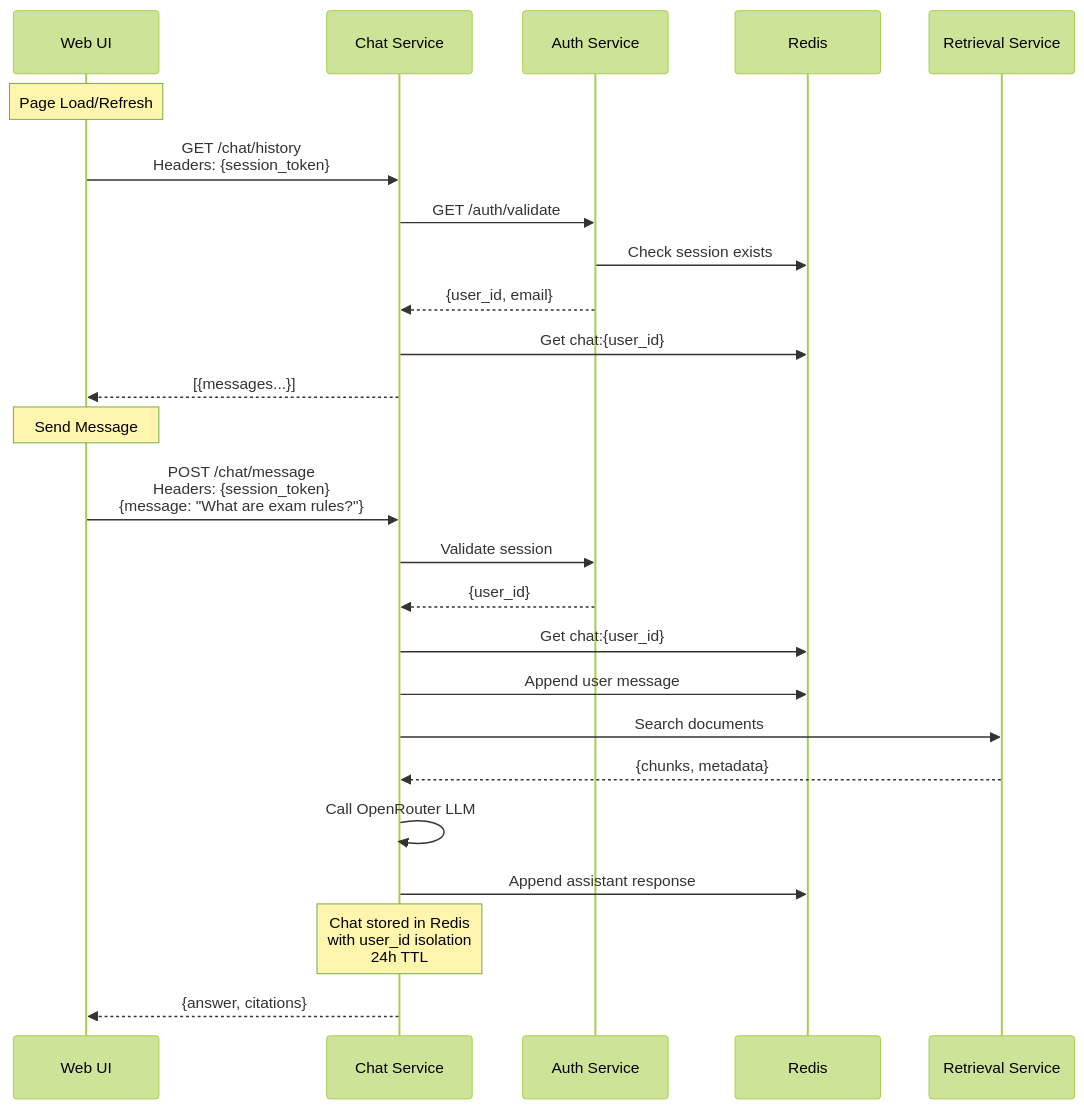
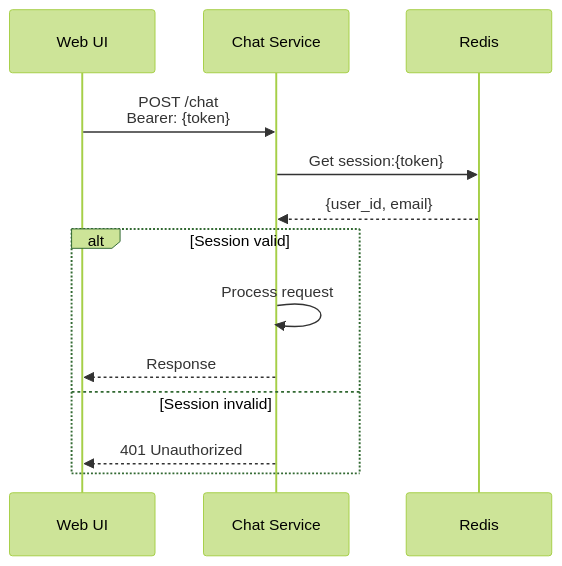
One commit to Th30utcast/MARP-Guide-AI changed the second of 2 diagrams in docs/services/Tier1_Authentication.md. Above: the diagram before and after it, drawn with Mermaid (forest theme). The commit also changed other lines of this file and 16 other files, not shown here.

````diff
--- a/docs/services/Tier1_Authentication.md
+++ b/docs/services/Tier1_Authentication.md
@@ -49,33 +122,17 @@
-``` mermaid
+```mermaid
 sequenceDiagram
-  participant U as Web UI
-  participant C as Chat Service
-  participant A as Auth Service
-  participant R as Redis
-  participant Ret as Retrieval Service
+    participant UI as Web UI
+    participant Chat as Chat Service
+    participant Redis as Redis
 
-  Note over U: Page Load/Refresh
+    UI->>Chat: POST /chat<br/>Bearer: {token}
+    Chat->>Redis: Get session:{token}
+    Redis-->>Chat: {user_id, email}
 
-  U->>C: GET /chat/history<br/>Headers: {session_token}
-  C->>A: GET /auth/validate
-  A->>R: Check session exists
-  A-->>C: {user_id, email}
-  C->>R: Get chat:{user_id}
-  C-->>U: [{messages...}]
-
-  Note over U: Send Message
-
-  U->>C: POST /chat/message<br/>Headers: {session_token}<br/>{message: "What are exam rules?"}
-  C->>A: Validate session
-  A-->>C: {user_id}
-  C->>R: Get chat:{user_id}
-  C->>R: Append user message
-  C->>Ret: Search documents
-  Ret-->>C: {chunks, metadata}
-  C->>C: Call OpenRouter LLM
-  C->>R: Append assistant response
-
-  Note over C: Chat stored in Redis<br/>with user_id isolation<br/>24h TTL
-
-  C-->>U: {answer, citations}
+    alt Session valid
+        Chat->>Chat: Process request
+        Chat-->>UI: Response
+    else Session invalid
+        Chat-->>UI: 401 Unauthorized
+    end
 ```
````
